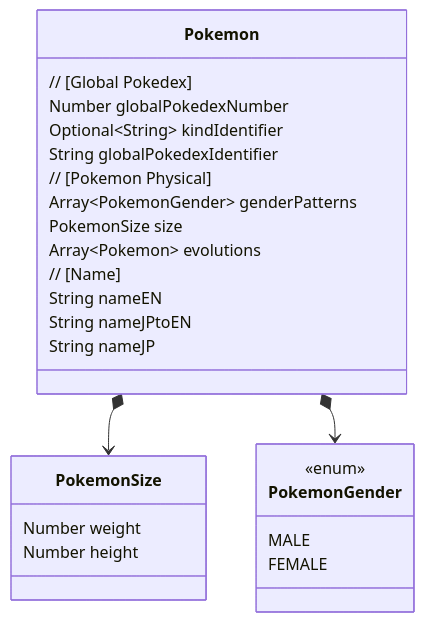
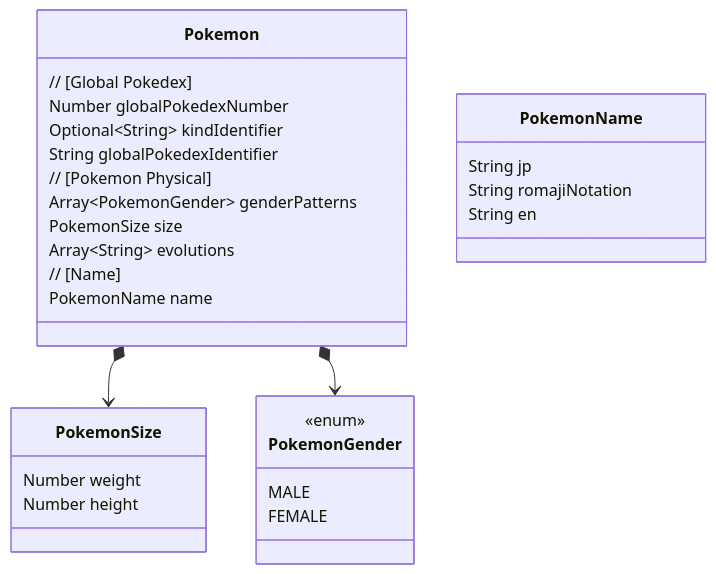
The diagram in pokemon-class.md (O6lvl4/pokemon-doc), drawn with Mermaid before and after one commit.

Commit message:
Update PokemonName field

````diff
--- a/pokemon-class.md
+++ b/pokemon-class.md
@@ -1,33 +1,37 @@
 ```mermaid
 classDiagram
 
     class Pokemon {
         // [Global Pokedex]
         Number globalPokedexNumber
         Optional~String~ kindIdentifier
         String globalPokedexIdentifier
 
         // [Pokemon Physical]
         Array~PokemonGender~ genderPatterns
         PokemonSize size
-        Array~Pokemon~ evolutions
+        Array~String~ evolutions
 
         // [Name]
-        String nameEN
-        String nameJPtoEN
-        String nameJP
+        PokemonName name
     }
     Pokemon *--> PokemonSize
     Pokemon *--> PokemonGender
 
     class PokemonSize {
         Number weight
         Number height
     }
 
     class PokemonGender {
         <<enum>>
         MALE
         FEMALE
     }
+
+    class PokemonName {
+        String jp
+        String romajiNotation
+        String en
+    }
 ```
````
